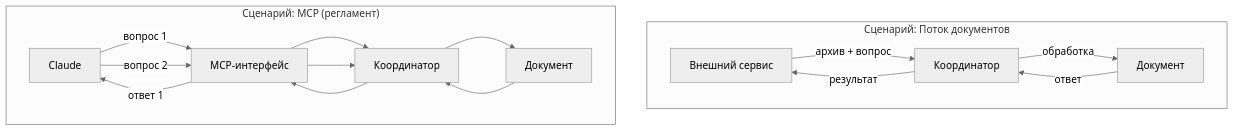
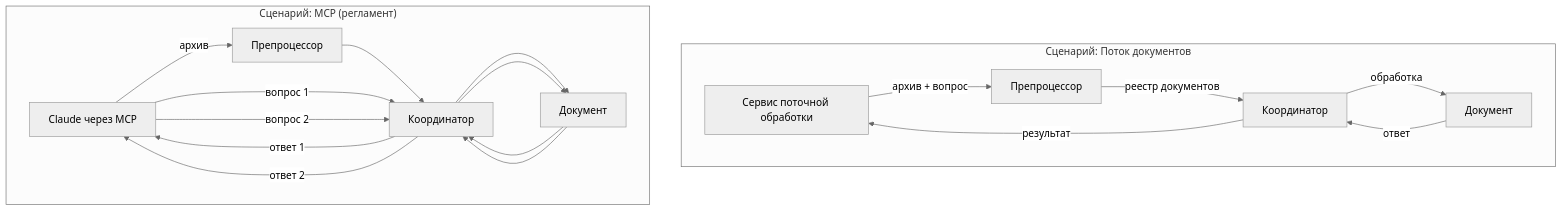
The fifth of 5 diagrams in 00_docs/architecture/ADPS_Architecture_L2.md (Dieugene/agentic-doc-processing), drawn with Mermaid (neutral theme) before and after one commit. The commit also changed other lines of this file, not shown here.

Commit message:
Architecture L2 add

````diff
--- a/00_docs/architecture/ADPS_Architecture_L2.md
+++ b/00_docs/architecture/ADPS_Architecture_L2.md
@@ -430,29 +458,33 @@
 ```mermaid
 flowchart TB
     subgraph scenario1["Сценарий: Поток документов"]
-        EXT1[Внешний сервис]
+        EXT1[Сервис поточной обработки]
+        PREP1[Препроцессор]
         COORD1[Координатор]
         DOC1[Документ]
         
-        EXT1 -->|архив + вопрос| COORD1
+        EXT1 -->|архив + вопрос| PREP1
+        PREP1 -->|реестр документов| COORD1
         COORD1 -->|обработка| DOC1
         DOC1 -->|ответ| COORD1
         COORD1 -->|результат| EXT1
     end
 
     subgraph scenario2["Сценарий: MCP (регламент)"]
-        CLAUDE[Claude]
-        MCP[MCP-интерфейс]
+        CLAUDE[Claude через MCP]
+        PREP2[Препроцессор]
         COORD2[Координатор]
         DOC2[Документ]
         
-        CLAUDE -->|вопрос 1| MCP
-        MCP --> COORD2
+        CLAUDE -->|архив| PREP2
+        PREP2 --> COORD2
+        CLAUDE -->|вопрос 1| COORD2
         COORD2 --> DOC2
         DOC2 --> COORD2
-        COORD2 --> MCP
-        MCP -->|ответ 1| CLAUDE
-        CLAUDE -->|вопрос 2| MCP
-        MCP --> COORD2
+        COORD2 -->|ответ 1| CLAUDE
+        CLAUDE -->|вопрос 2| COORD2
+        COORD2 --> DOC2
+        DOC2 --> COORD2
+        COORD2 -->|ответ 2| CLAUDE
     end
 ```
````
